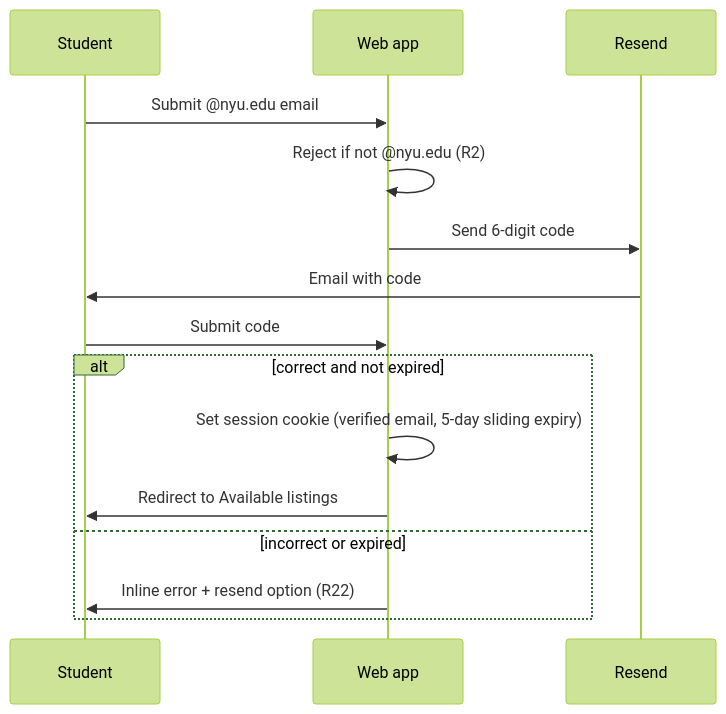
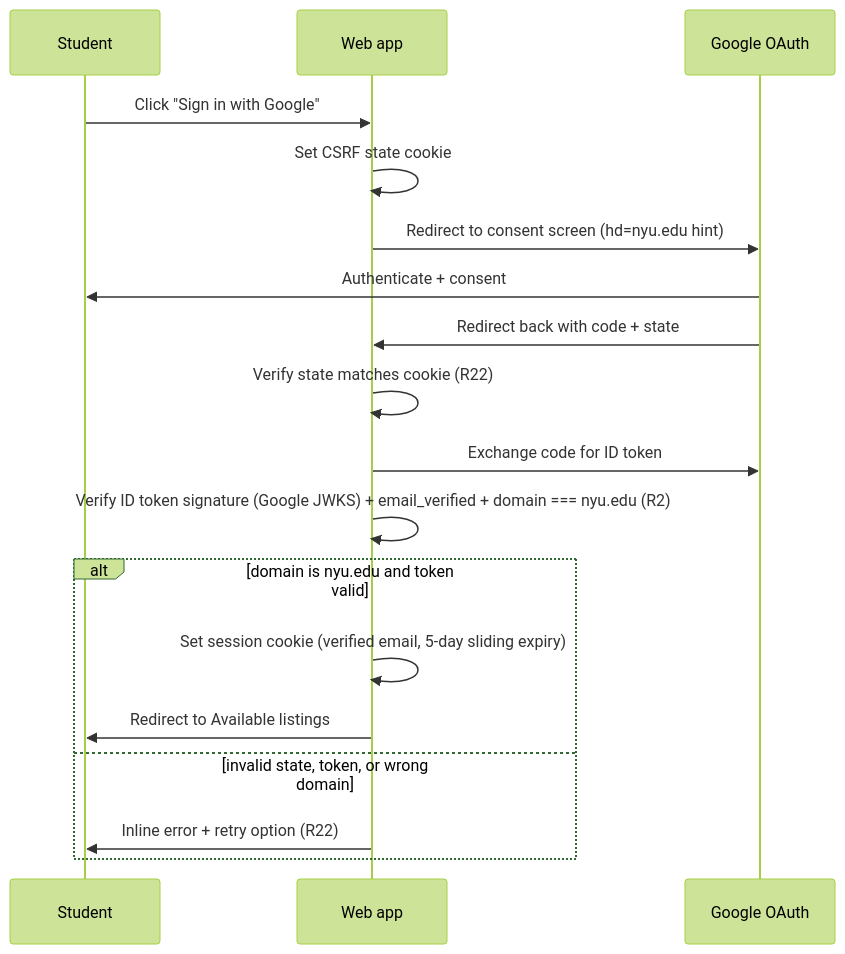
Before and after one commit to rishabh0098/nyuoffcampushousing: the second of 2 diagrams in docs/plans/2026-07-09-001-feat-nyu-off-campus-housing-portal-plan.md, drawn with Mermaid (forest theme). The commit also changed other lines of this file and 46 other files, not shown here.

First line of the commit message:
feat: Google OAuth sign-in, dark mode, richer filters, listing editing

````diff
--- a/docs/plans/2026-07-09-001-feat-nyu-off-campus-housing-portal-plan.md
+++ b/docs/plans/2026-07-09-001-feat-nyu-off-campus-housing-portal-plan.md
@@ -89,17 +89,20 @@
 ```mermaid
 sequenceDiagram
   participant U as Student
   participant W as Web app
-  participant R as Resend
-  U->>W: Submit @nyu.edu email
-  W->>W: Reject if not @nyu.edu (R2)
-  W->>R: Send 6-digit code
-  R->>U: Email with code
-  U->>W: Submit code
-  alt correct and not expired
+  participant G as Google OAuth
+  U->>W: Click "Sign in with Google"
+  W->>W: Set CSRF state cookie
+  W->>G: Redirect to consent screen (hd=nyu.edu hint)
+  G->>U: Authenticate + consent
+  G->>W: Redirect back with code + state
+  W->>W: Verify state matches cookie (R22)
+  W->>G: Exchange code for ID token
+  W->>W: Verify ID token signature (Google JWKS) + email_verified + domain === nyu.edu (R2)
+  alt domain is nyu.edu and token valid
     W->>W: Set session cookie (verified email, 5-day sliding expiry)
     W->>U: Redirect to Available listings
-  else incorrect or expired
-    W->>U: Inline error + resend option (R22)
+  else invalid state, token, or wrong domain
+    W->>U: Inline error + retry option (R22)
   end
 ```
````
